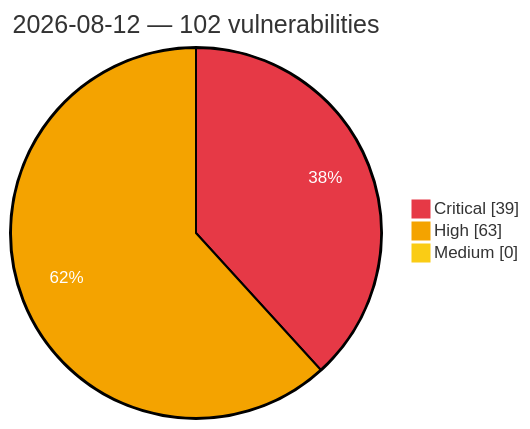
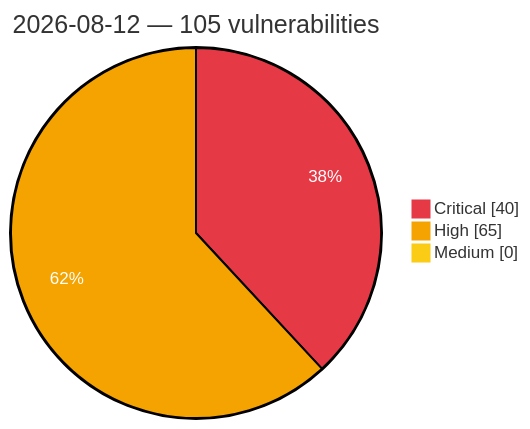
Before and after one commit to GhostX0X/vuln-tracker: the diagram in vulnerabilities/2026/August/2026-08-12.md, drawn with Mermaid. The commit also changed other lines of this file and 5 other files, not shown here.

Commit message:
Auto update: critical/high vulns (2026-08-12 23:10 UTC)

````diff
--- a/vulnerabilities/2026/August/2026-08-12.md
+++ b/vulnerabilities/2026/August/2026-08-12.md
@@ -3,8 +3,8 @@
 ```mermaid
 %%{init: {'theme':'base', 'themeVariables': {'pie1':'#e63946', 'pie2':'#f4a300', 'pie3':'#facc15', 'pieOpacity':'1', 'pieOuterStrokeWidth':'2px', 'pieSectionTextColor':'#ffffff'}}}%%
 pie showData
-    title 2026-08-12 — 102 vulnerabilities
-    "Critical" : 39
-    "High" : 63
+    title 2026-08-12 — 105 vulnerabilities
+    "Critical" : 40
+    "High" : 65
     "Medium" : 0
 ```
````
